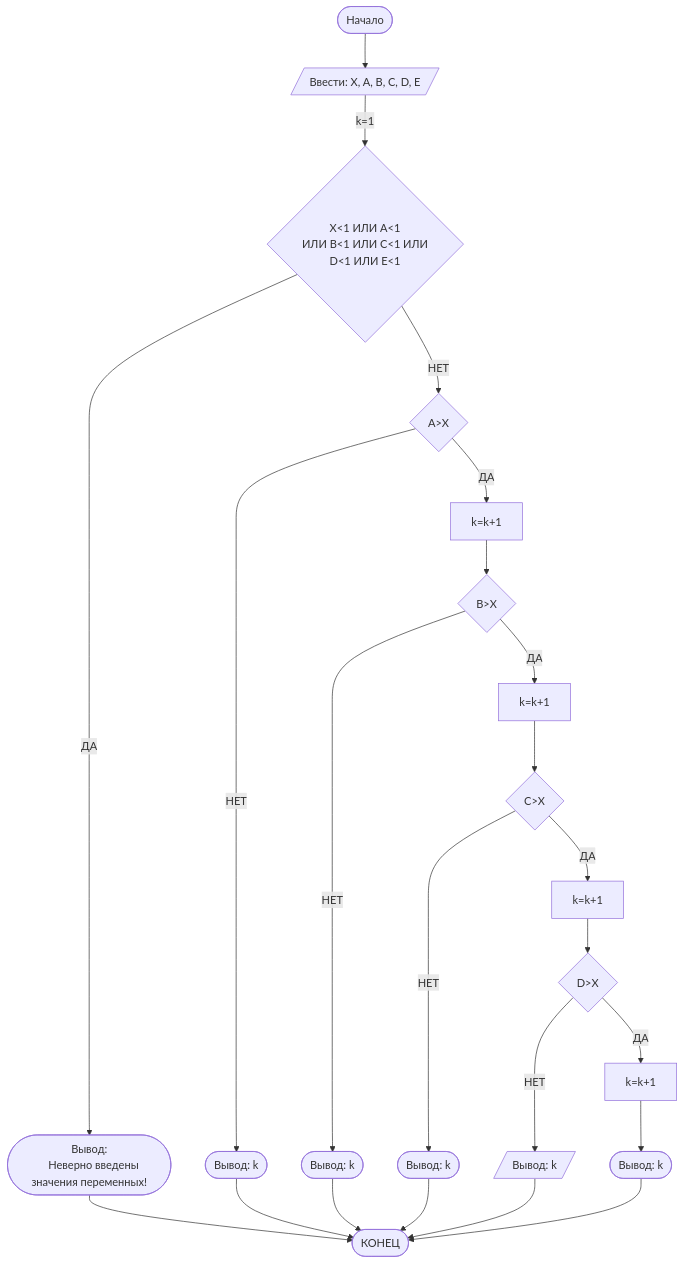
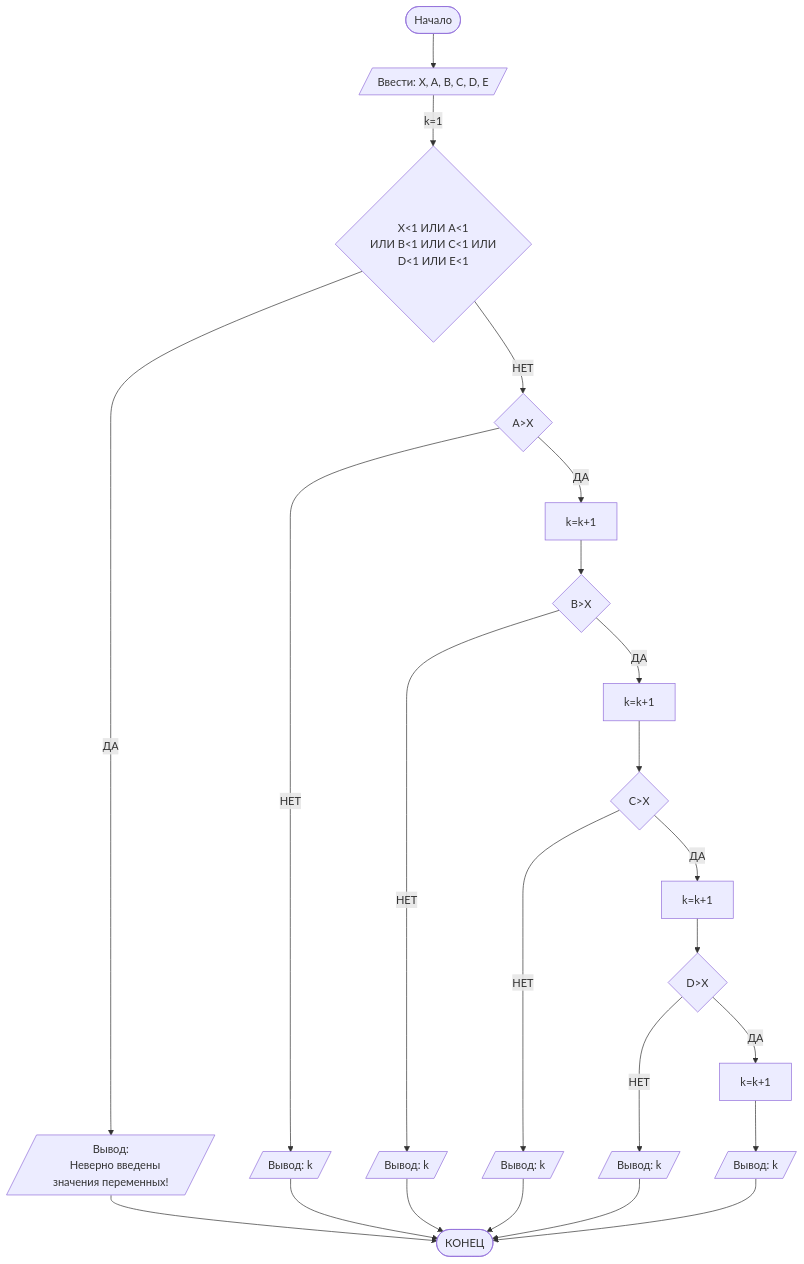
One commit to Azerofail/PM-2402 changed the diagram in README.md. Above: the diagram before and after it, drawn with Mermaid.

````diff
--- a/README.md
+++ b/README.md
@@ -84,28 +84,28 @@
 ```mermaid
 graph TD
     A([Начало]) --> B[/Ввести: X, A, B, C, D, E/]
     B --k=1--> C{X<1 ИЛИ А<1
     ИЛИ B<1 ИЛИ C<1 ИЛИ
     D<1 ИЛИ E<1}
-    C -- ДА --> D([Вывод:
-    Неверно введены значения переменных!])
+    C -- ДА --> D[/Вывод:
+    Неверно введены значения переменных!/]
     C -- НЕТ --> I{ A>X}
-    I -- НЕТ --> J([Вывод: k])
+    I -- НЕТ --> J[/Вывод: k/]
     I--ДА-->K[k=k+1]
     K --> Z{B>X}
-    Z-- НЕТ-->Q([Вывод: k])
+    Z-- НЕТ-->Q[/Вывод: k/]
     Z--ДА-->O[k=k+1]
     O-->W{C>X}
-    W-- НЕТ-->E([Вывод: k])
+    W-- НЕТ-->E[/Вывод: k/]
     W--ДА-->U[k=k+1]
     U --> V{D>X}
     V--НЕТ-->L[/Вывод: k/]
     V--ДА-->AS[k=k+1]
-    AS-->QW([Вывод: k])
+    AS-->QW[/Вывод: k/]
     J-->LP([КОНЕЦ])
     D-->LP([КОНЕЦ])
     Q-->LP([КОНЕЦ])
     E-->LP([КОНЕЦ])
     L-->LP([КОНЕЦ])
     QW-->LP([КОНЕЦ])
 ```
````
